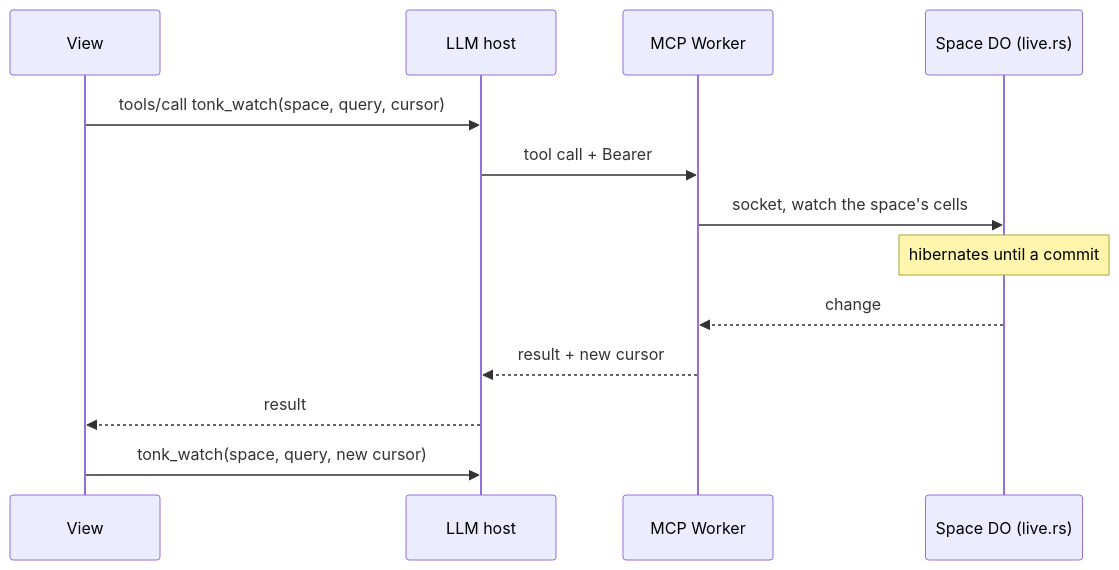
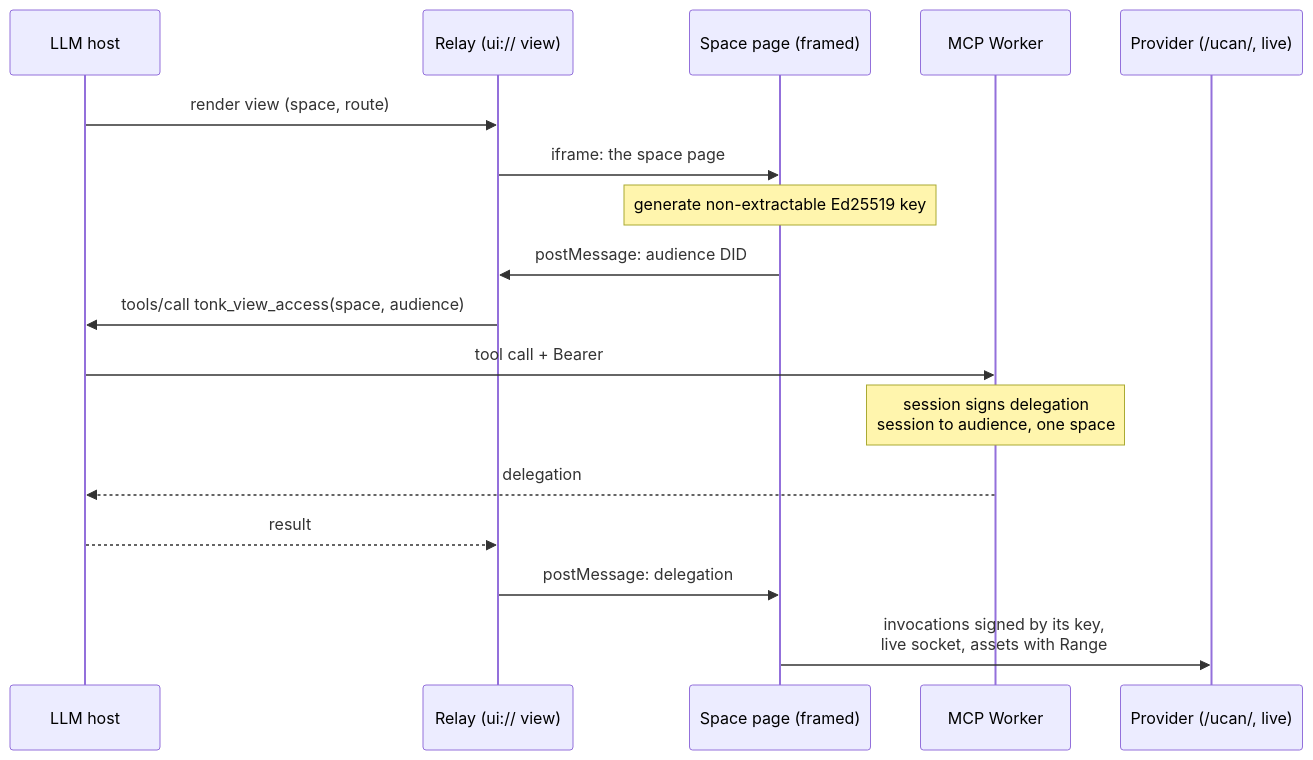
The sixth of 8 diagrams in plans/2026-10-28-hosted-agent-peer.md (tonk-labs/tonk), drawn with Mermaid before and after one commit. The commit also changed other lines of this file, not shown here.

Commit message:
plans: views as a relay framing the space page, delegating to the frame's own key

````diff
--- a/plans/2026-10-28-hosted-agent-peer.md
+++ b/plans/2026-10-28-hosted-agent-peer.md
@@ -248,16 +199,20 @@
 ```mermaid
 sequenceDiagram
-  participant V as View
   participant H as LLM host
+  participant R as Relay (ui:// view)
+  participant F as Space page (framed)
   participant M as MCP Worker
-  participant O as Space DO (live.rs)
+  participant P as Provider (/ucan/, live)
 
-  V->>H: tools/call tonk_watch(space, query, cursor)
+  H->>R: render view (space, route)
+  R->>F: iframe: the space page
+  Note over F: generate non-extractable Ed25519 key
+  F->>R: postMessage: audience DID
+  R->>H: tools/call tonk_view_access(space, audience)
   H->>M: tool call + Bearer
-  M->>O: socket, watch the space's cells
-  Note over O: hibernates until a commit
-  O-->>M: change
-  M-->>H: result + new cursor
-  H-->>V: result
-  V->>H: tonk_watch(space, query, new cursor)
+  Note over M: session signs delegation<br/>session to audience, one space
+  M-->>H: delegation
+  H-->>R: result
+  R->>F: postMessage: delegation
+  F->>P: invocations signed by its key,<br/>live socket, assets with Range
 ```
````
